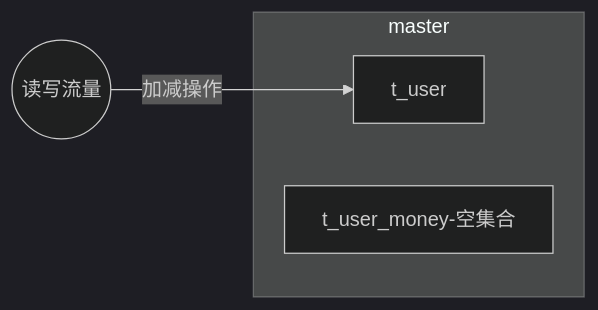
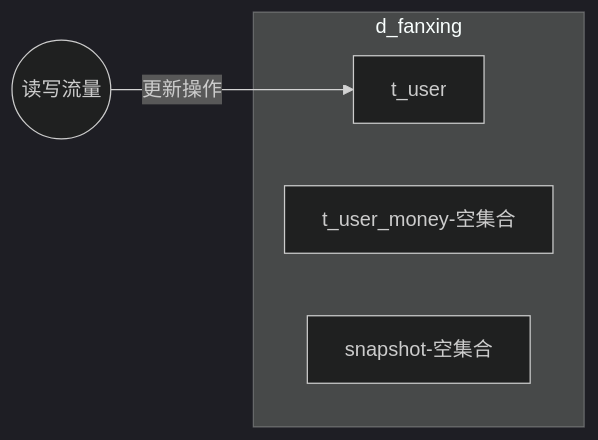
The second of 7 diagrams in _posts/2019-11-21-职级论文_李泳权_v1.md (leiwingqueen/liyongquan.github.io), drawn with Mermaid (dark theme) before and after one commit. The commit also changed other lines of this file and 1 other file, not shown here.

````diff
--- a/_posts/2019-11-21-职级论文_李泳权_v1.md
+++ b/_posts/2019-11-21-职级论文_李泳权_v1.md
@@ -124,9 +165,10 @@
 ```mermaid
 graph LR
 L((读写流量))
-L-->|加减操作|t_user
-subgraph master
+L-->|更新操作|t_user
+subgraph d_fanxing
 t_user
 t_user_money-空集合
+snapshot-空集合
 end
 ```
````
